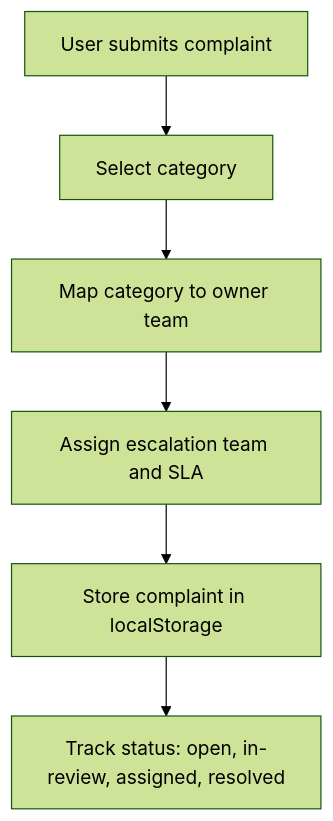
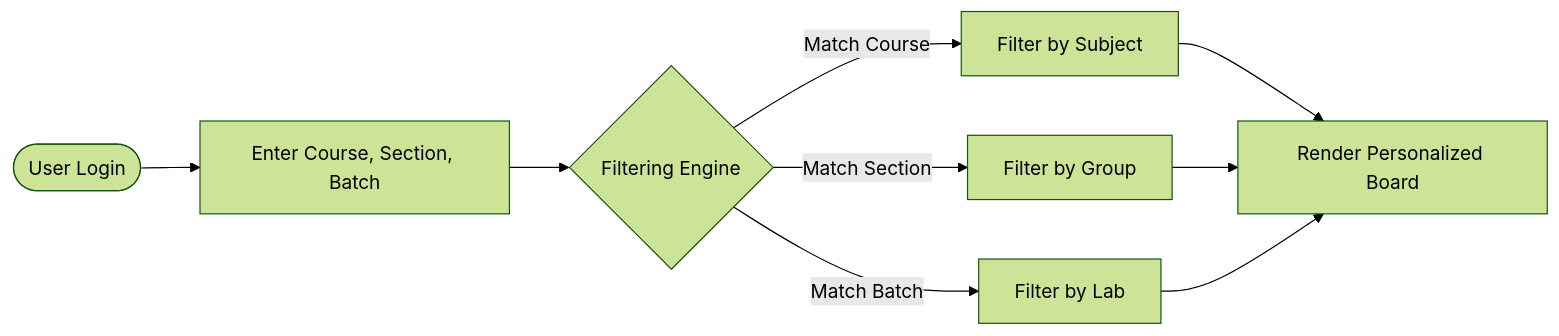
The second of 3 diagrams in README.md (jhanvi857/CampusFlow), drawn with Mermaid (forest theme) before and after one commit. The commit also changed other lines of this file, not shown here.

````diff
--- a/README.md
+++ b/README.md
@@ -235,8 +56,9 @@
 ```mermaid
-flowchart TD
-    A[User submits complaint] --> B[Select category]
-    B --> C[Map category to owner team]
-    C --> D[Assign escalation team and SLA]
-    D --> E[Store complaint in localStorage]
-    E --> F[Track status: open, in-review, assigned, resolved]
+flowchart LR
+    Start([User Login]) --> Input[Enter Course, Section, Batch]
+    Input --> Logic{Filtering Engine}
+    Logic -->|Match Course| C[Filter by Subject]
+    Logic -->|Match Section| S[Filter by Group]
+    Logic -->|Match Batch| B[Filter by Lab]
+    C & S & B --> Render[Render Personalized Board]
 ```
````
